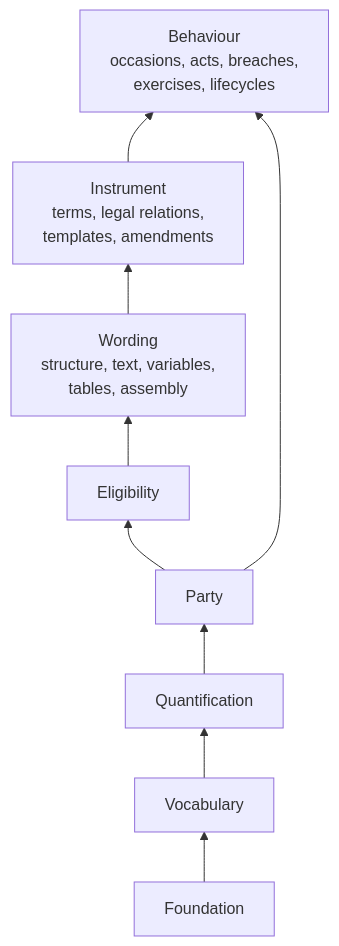
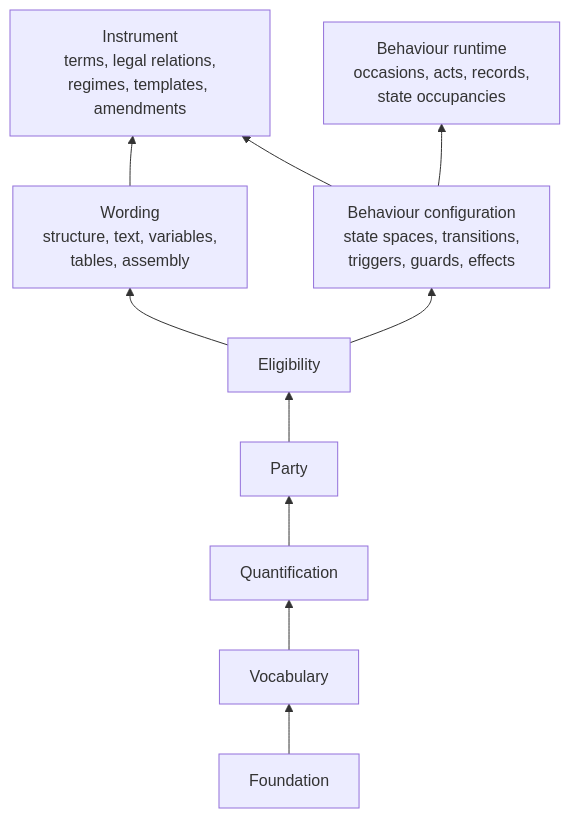
Before and after one commit to nebularis/lattice: the first of 30 diagrams in docs/developer/sketches/computable-contract-substrate.md, drawn with Mermaid. The commit also changed other lines of this file and 1 other file, not shown here.

````diff
--- a/docs/developer/sketches/computable-contract-substrate.md
+++ b/docs/developer/sketches/computable-contract-substrate.md
@@ -61,8 +60,9 @@
 ```mermaid
 flowchart BT
     FND["Foundation"] --> VOC["Vocabulary"] --> QNT["Quantification"] --> PTY["Party"] --> ELG["Eligibility"]
     ELG --> WRD["Wording<br/>structure, text, variables,<br/>tables, assembly"]
-    WRD --> INS["Instrument<br/>terms, legal relations,<br/>templates, amendments"]
-    INS --> BHV["Behaviour<br/>occasions, acts, breaches,<br/>exercises, lifecycles"]
-    PTY --> BHV
+    ELG --> BCF["Behaviour configuration<br/>state spaces, transitions,<br/>triggers, guards, effects"]
+    BCF --> BRT["Behaviour runtime<br/>occasions, acts, records,<br/>state occupancies"]
+    WRD --> INS["Instrument<br/>terms, legal relations,<br/>regimes, templates, amendments"]
+    BCF --> INS
 ```
````
